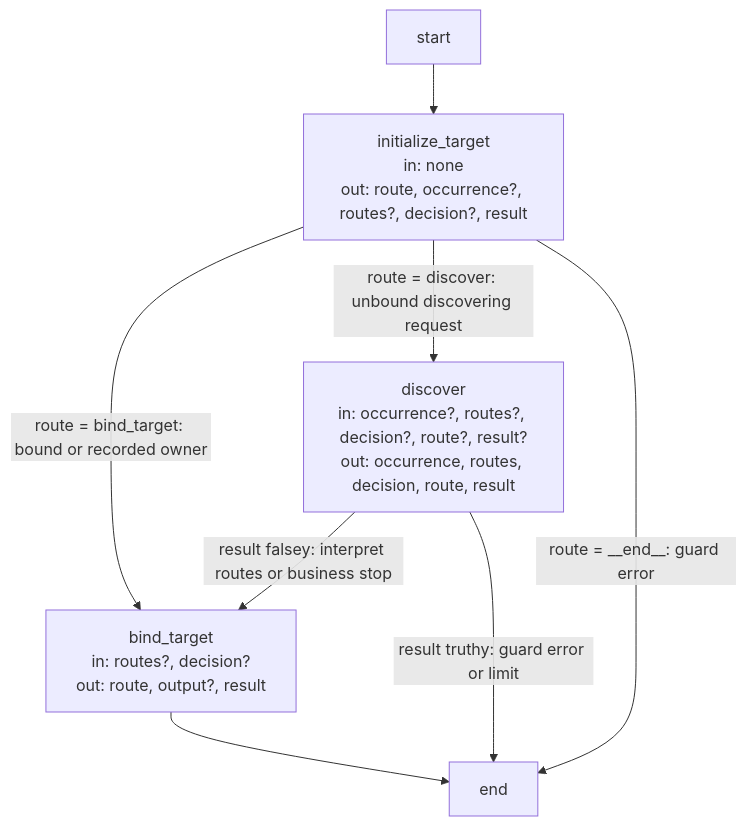
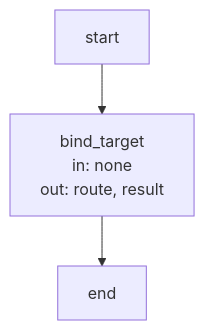
The second of 2 diagrams in specs/concorde/operations/execution-reference.md (FTOD/concorde), drawn with Mermaid before and after one commit. The commit also changed other lines of this file and 276 other files, not shown here.

First line of the commit message:
Remove orchestration workflows in favor of explicit target operations

````diff
--- a/specs/concorde/operations/execution-reference.md
+++ b/specs/concorde/operations/execution-reference.md
@@ -353,18 +299,11 @@
 ```mermaid
 flowchart TB
     %% graph: target_graph
-    accTitle: Target admission Graph
-    accDescr: A request with a bound or recorded owner is bound directly; an unbound request first runs router discovery, and the selected route binds the owner.
+    accTitle: Explicit target admission
+    accDescr: Resolve and bind only the caller-selected Module before returning its provider route.
     __start__["start"]
-    initialize_target["initialize_target<br/>in: none<br/>out: route, occurrence?, routes?, decision?, result"]
-    discover["discover<br/>in: occurrence?, routes?, decision?, route?, result?<br/>out: occurrence, routes, decision, route, result"]
-    bind_target["bind_target<br/>in: routes?, decision?<br/>out: route, output?, result"]
+    bind_target["bind_target<br/>in: none<br/>out: route, result"]
     __end__["end"]
-    __start__ --> initialize_target
-    initialize_target -->|route = bind_target: bound or recorded owner| bind_target
-    initialize_target -->|route = discover: unbound discovering request| discover
-    initialize_target -->|route = __end__: guard error| __end__
-    discover -->|result falsey: interpret routes or business stop| bind_target
-    discover -->|result truthy: guard error or limit| __end__
+    __start__ --> bind_target
     bind_target --> __end__
 ```
````
